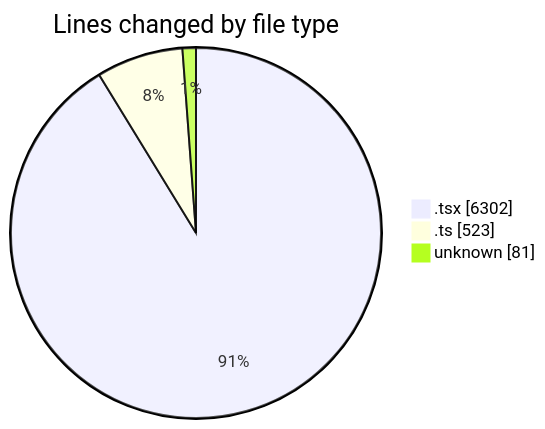
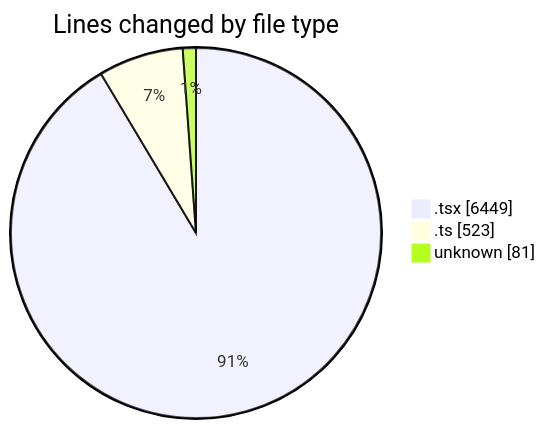
Before and after one commit to nxtqubesakshisongat/code-tracking: the first of 2 diagrams in 2026-04-05/nxtqube_webapp/README.md, drawn with Mermaid. The commit also changed other lines of this file and 1 other file, not shown here.

````diff
--- a/2026-04-05/nxtqube_webapp/README.md
+++ b/2026-04-05/nxtqube_webapp/README.md
@@ -26,7 +26,7 @@
 ```mermaid
 pie showData
 title Lines changed by file type
-".tsx" : 6302
+".tsx" : 6449
 ".ts" : 523
 "unknown" : 81
 ```
````
